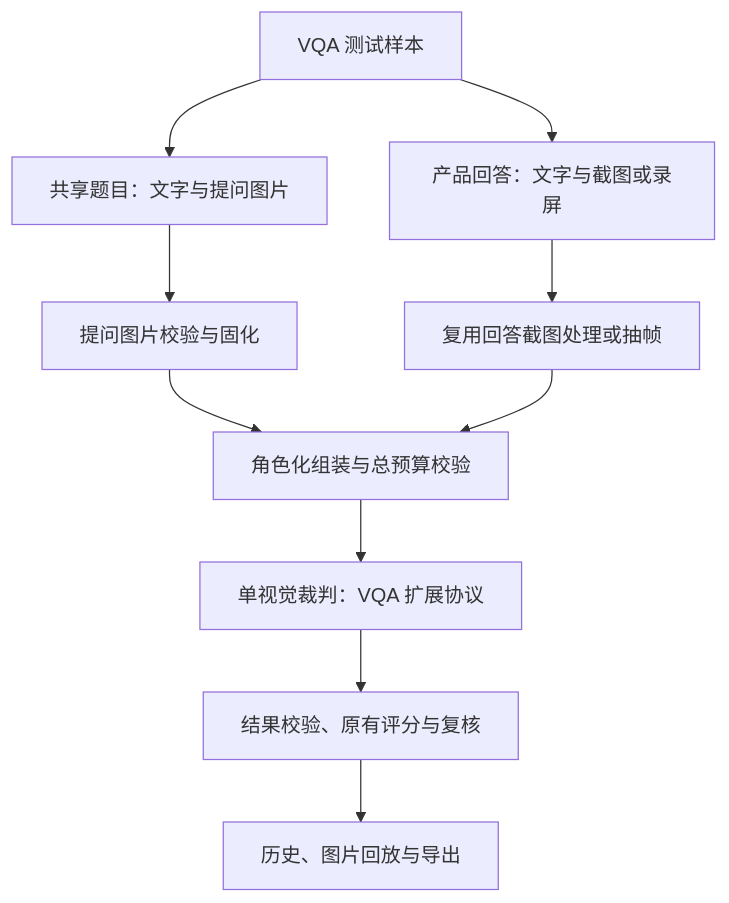
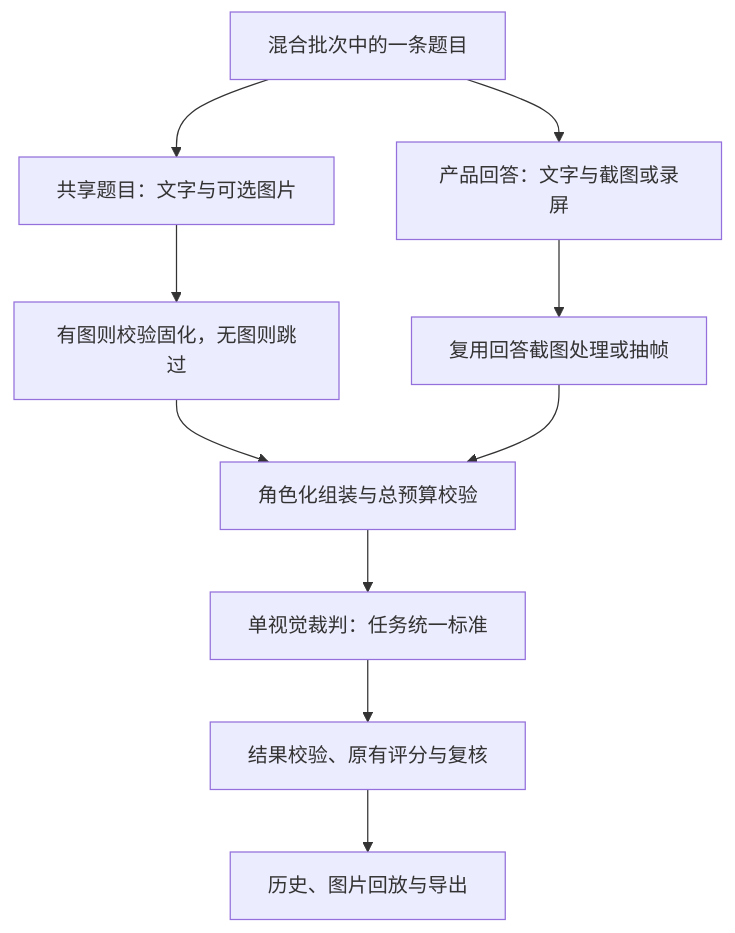
One commit to CaoTTT/auto_eval_agent changed the diagram in docs/vqa-evaluation-system-design.md. Above: the diagram before and after it, drawn with Mermaid. The commit also changed other lines of this file, not shown here.

Commit message:
docs(vqa): unify standards and support mixed inputs with video compatibility

````diff
--- a/docs/vqa-evaluation-system-design.md
+++ b/docs/vqa-evaluation-system-design.md
@@ -95,12 +107,12 @@
 ```mermaid
 flowchart TD
-    A["VQA 测试样本"] --> B["共享题目：文字与提问图片"]
+    A["混合批次中的一条题目"] --> B["共享题目：文字与可选图片"]
     A --> C["产品回答：文字与截图或录屏"]
-    B --> D["提问图片校验与固化"]
+    B --> D["有图则校验固化，无图则跳过"]
     C --> E["复用回答截图处理或抽帧"]
     D --> F["角色化组装与总预算校验"]
     E --> F
-    F --> G["单视觉裁判：VQA 扩展协议"]
+    F --> G["单视觉裁判：任务统一标准"]
     G --> H["结果校验、原有评分与复核"]
     H --> I["历史、图片回放与导出"]
 ```
````
